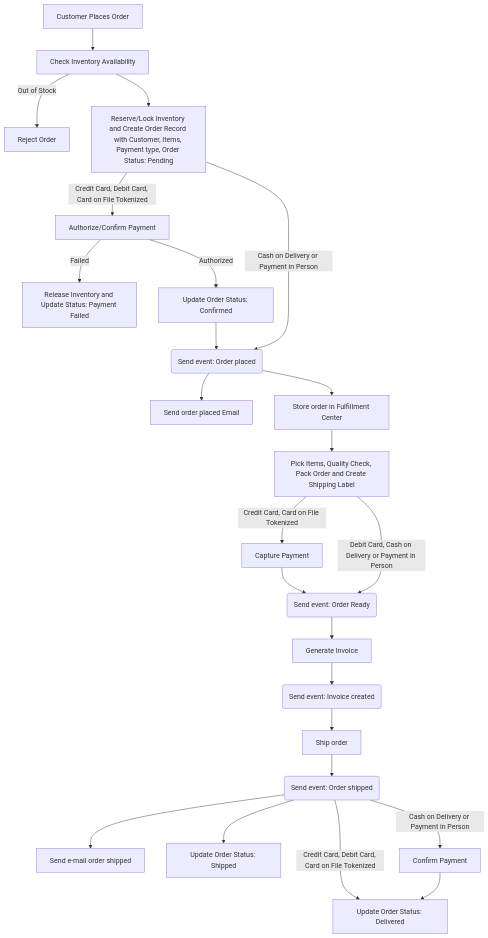
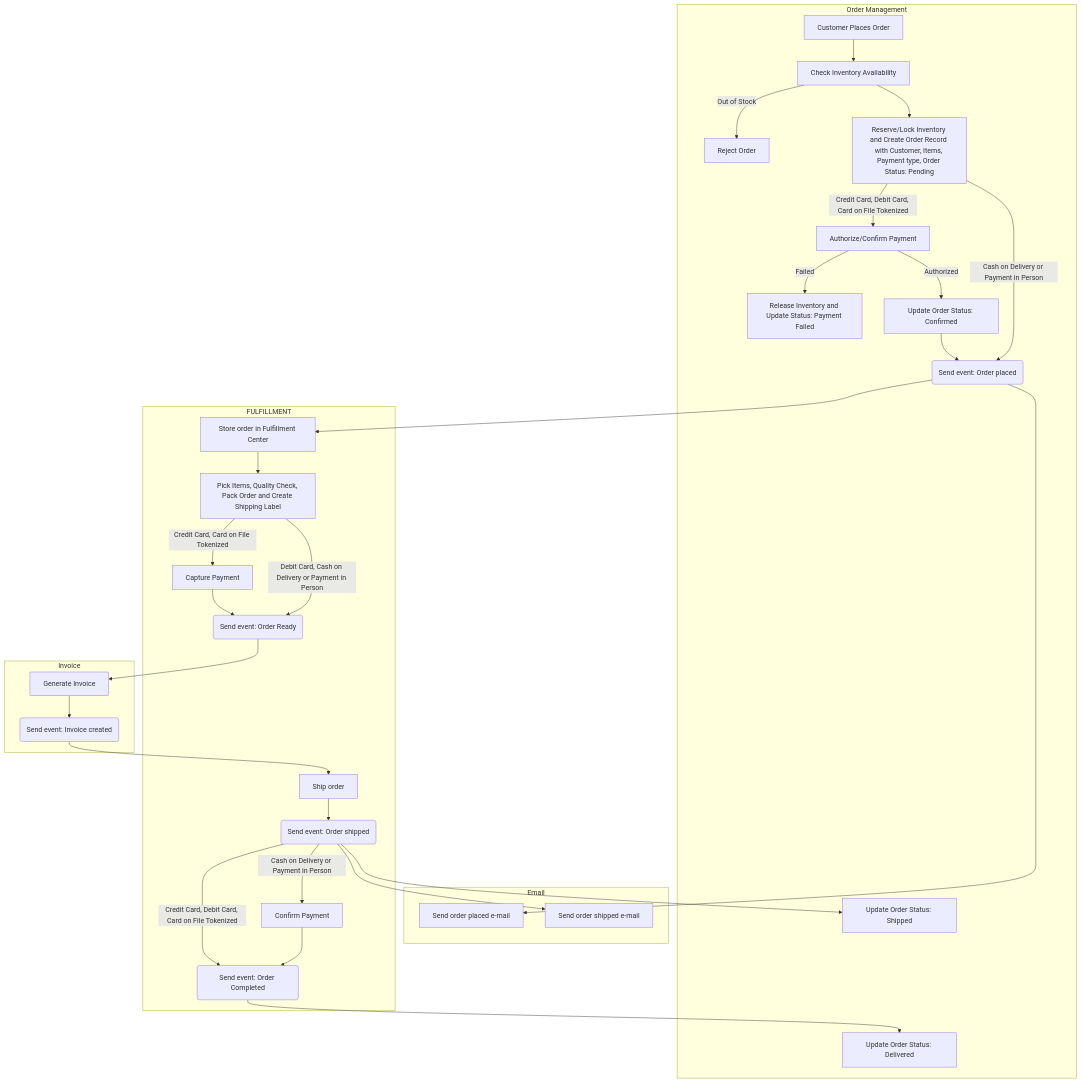
Before and after one commit to RobertoFreireDev/Order-Management: the diagram in README.md, drawn with Mermaid.

Commit message:
group in sevices

````diff
--- a/README.md
+++ b/README.md
@@ -3,35 +3,55 @@
 ```mermaid
 flowchart TD
-%% =========================
-%% ORDER CAPTURE
-%% =========================
-A[Customer Places Order] --> B[Check Inventory Availability]
-B -->|Out of Stock| C[Reject Order]
-B --> D[Reserve/Lock Inventory and Create Order Record with Customer, Items, Payment type, Order Status: Pending]
-D --> |Credit Card, Debit Card, Card on File Tokenized| E[Authorize/Confirm Payment]
-E -->|Failed| F[Release Inventory and Update Status: Payment Failed]
-E -->|Authorized| G[Update Order Status: Confirmed]
-G --> H(Send event: Order placed)
-D --> |Cash on Delivery or Payment in Person| H
-H --> I[Send order placed Email]
-%% =========================
-%% FULFILLMENT
-%% =========================
-H --> K[Store order in Fulfillment Center]
-K --> L[Pick Items, Quality Check, Pack Order and Create Shipping Label]
-L --> |Credit Card, Card on File Tokenized| V[Capture Payment]
-V --> M(Send event: Order Ready)
-L --> |Debit Card, Cash on Delivery or Payment in Person| M(Send event: Order Ready)
-M --> J[Generate Invoice]
-J --> S(Send event: Invoice created)
-S --> U[Ship order]
-U --> P(Send event: Order shipped)
-%% =========================
-%% DELIVERY
-%% =========================
-P --> O[Send e-mail order shipped]
-P --> N[Update Order Status: Shipped]
-P --> |Cash on Delivery or Payment in Person| Q[Confirm Payment]
-P --> |Credit Card, Debit Card, Card on File Tokenized| R
-Q --> R[Update Order Status: Delivered]
+
+    subgraph Order_Management [Order Management]
+        A[Customer Places Order] --> B[Check Inventory Availability]
+        B -->|Out of Stock| C[Reject Order]
+        B --> D[Reserve/Lock Inventory and Create Order Record with Customer, Items, Payment type, Order Status: Pending]
+        D --> |Credit Card, Debit Card, Card on File Tokenized| E[Authorize/Confirm Payment]
+        E -->|Failed| F[Release Inventory and Update Status: Payment Failed]
+        E -->|Authorized| G[Update Order Status: Confirmed]
+        G --> H(Send event: Order placed)
+        D --> |Cash on Delivery or Payment in Person| H
+        N[Update Order Status: Shipped]
+        R[Update Order Status: Delivered]
+    end
+
+    subgraph Email [Email]
+        I[Send order placed e-mail]
+        O[Send order shipped e-mail]
+    end
+
+    subgraph Fulfillment [FULFILLMENT]
+        K[Store order in Fulfillment Center]
+        L[Pick Items, Quality Check, Pack Order and Create Shipping Label]
+        V[Capture Payment]
+        M(Send event: Order Ready)
+        U[Ship order]
+        P(Send event: Order shipped)
+        Q[Confirm Payment]
+        W(Send event: Order Completed) 
+    end
+
+    subgraph Invoice [Invoice]
+        J[Generate Invoice]
+        S(Send event: Invoice created)
+    end
+
+    %% Connections between groups
+    H --> I
+    H --> K
+    K --> L
+    L --> |Credit Card, Card on File Tokenized| V
+    V --> M
+    L --> |Debit Card, Cash on Delivery or Payment in Person| M
+    M --> J
+    J --> S
+    S --> U
+    U --> P
+    P --> O
+    P --> N
+    P --> |Cash on Delivery or Payment in Person| Q
+    P --> |Credit Card, Debit Card, Card on File Tokenized| W
+    Q --> W
+    W --> R
 ```
````
